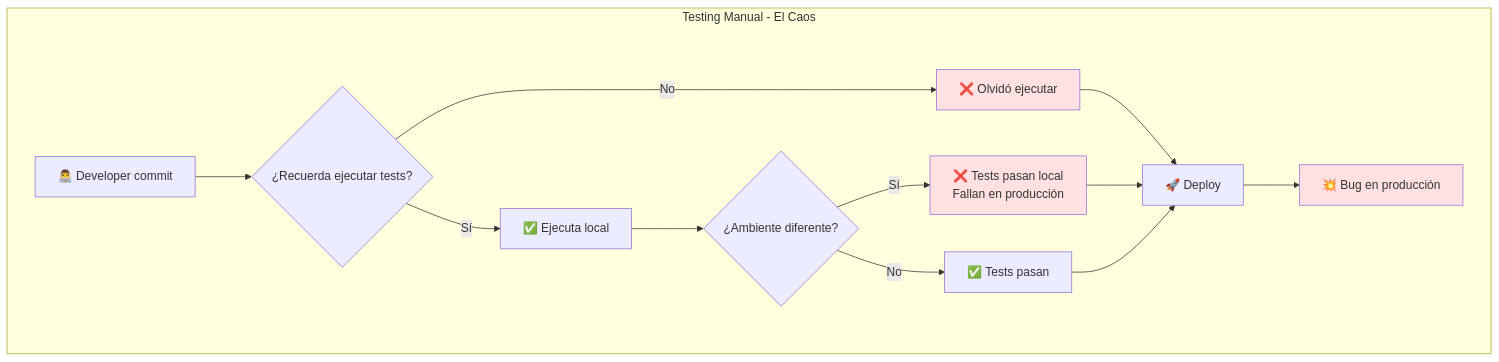
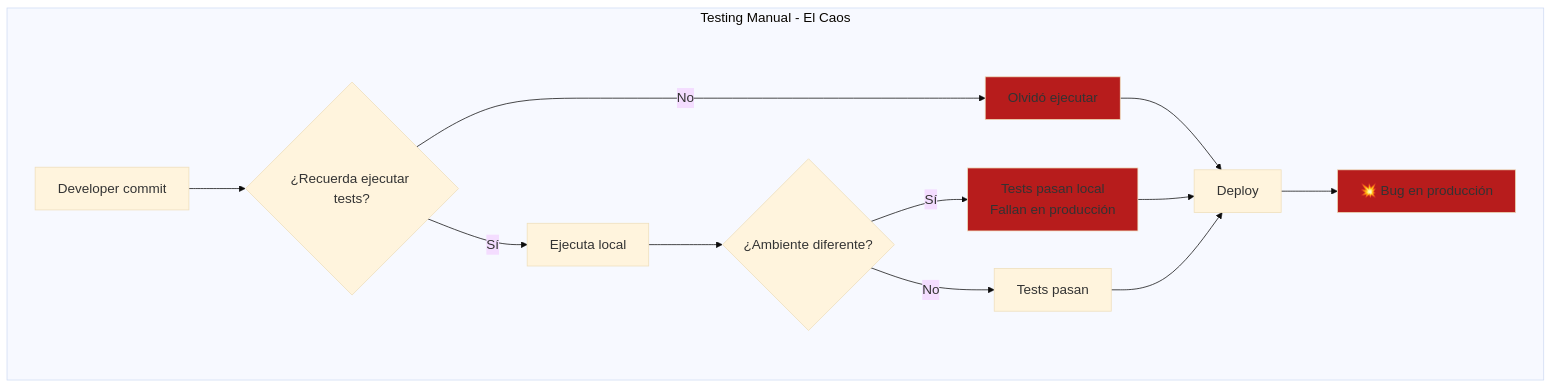
Before and after one commit to Ai-Whisperers/Courses-Content: the first of 16 diagrams in courses/🟡-development/FPUNA-2026/01-DESARROLLO-SOFTWARE/especializaciones/qa-automation/04-integracion-ci-cd.md, drawn with Mermaid. The commit also changed other lines of this file and 47 other files, not shown here.

First line of the commit message:
fix: Make all 473 diagrams WCAG AAA accessible (FPUNA-2026)

````diff
--- a/courses/🟡-development/FPUNA-2026/01-DESARROLLO-SOFTWARE/especializaciones/qa-automation/04-integracion-ci-cd.md
+++ b/courses/🟡-development/FPUNA-2026/01-DESARROLLO-SOFTWARE/especializaciones/qa-automation/04-integracion-ci-cd.md
@@ -31,29 +31,30 @@
 ```mermaid
+%%{init: {'theme':'base', 'themeVariables': {'fontSize':'18px'}}}%%
 graph TD
     subgraph "Testing Manual - El Caos"
-        A[👨‍💻 Developer commit]
+        A[Developer commit]
         B{¿Recuerda ejecutar tests?}
-        C[❌ Olvidó ejecutar]
-        D[✅ Ejecuta local]
+        C[Olvidó ejecutar]
+        D[Ejecuta local]
         E{¿Ambiente diferente?}
-        F[❌ Tests pasan local<br/>Fallan en producción]
-        G[✅ Tests pasan]
-        H[🚀 Deploy]
+        F[Tests pasan local<br/>Fallan en producción]
+        G[Tests pasan]
+        H[Deploy]
         I[💥 Bug en producción]
         
         A --> B
         B -->|No| C
         B -->|Sí| D
         C --> H
         D --> E
         E -->|Sí| F
         E -->|No| G
         F --> H
         G --> H
         H --> I
     end
     
-    style C fill:#FFE1E1
-    style F fill:#FFE1E1
-    style I fill:#FFE1E1
+    style C fill:#b71c1c
+    style F fill:#b71c1c
+    style I fill:#b71c1c
 ```
````
